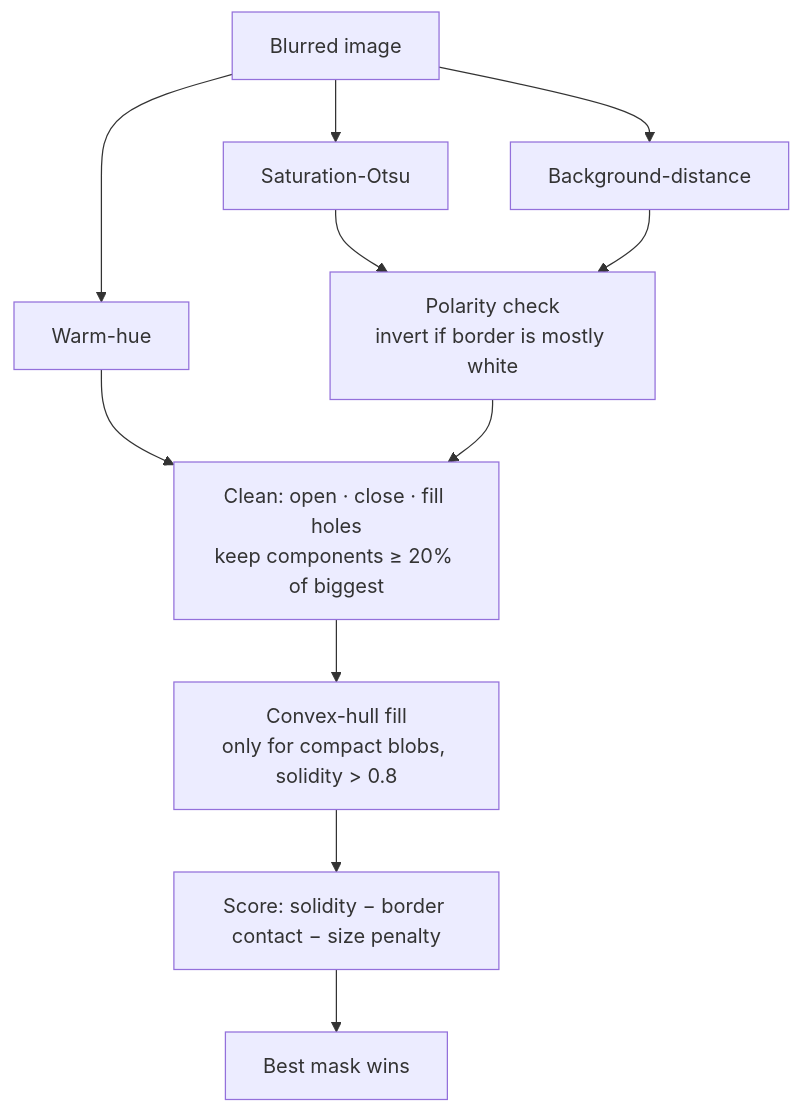
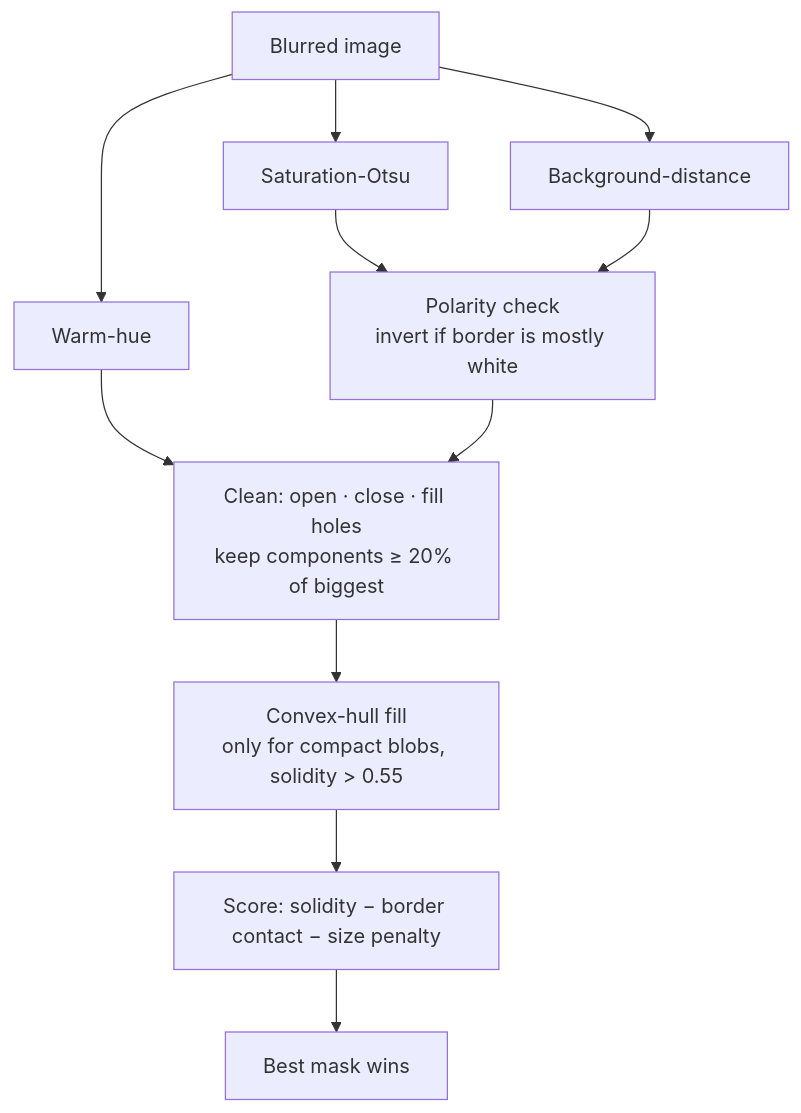
Before and after one commit to AtharvaDurge/Fruit-Ripeness-Detection: the second of 2 diagrams in README.md, drawn with Mermaid.

Commit message:
Update Solidity value in Readme

````diff
--- a/README.md
+++ b/README.md
@@ -104,13 +104,13 @@
 ```mermaid
 flowchart TD
     A[Blurred image] --> B[Saturation-Otsu]
     A --> C[Background-distance]
     A --> D[Warm-hue]
     B --> E[Polarity check<br/>invert if border is mostly white]
     C --> E
     D --> F
     E --> F[Clean: open · close · fill holes<br/>keep components ≥ 20% of biggest]
-    F --> G[Convex-hull fill<br/>only for compact blobs, solidity > 0.8]
+    F --> G[Convex-hull fill<br/>only for compact blobs, solidity > 0.55]
     G --> H[Score: solidity − border contact − size penalty]
     H --> I[Best mask wins]
 ```
````
